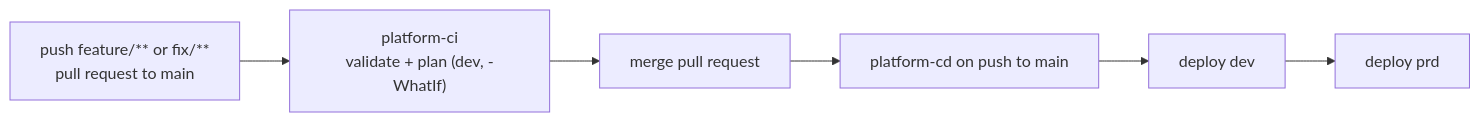
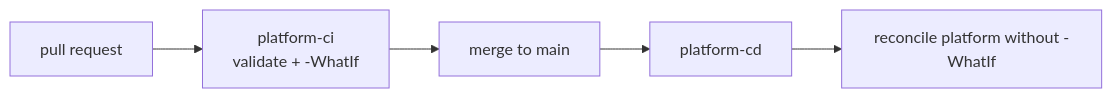
Before and after one commit to msckite/az-platform-kite: the second of 2 diagrams in templates/github/workflows/README.md, drawn with Mermaid. The commit also changed other lines of this file and 81 other files, not shown here.

````diff
--- a/templates/github/workflows/README.md
+++ b/templates/github/workflows/README.md
@@ -78,8 +94,7 @@
 ```mermaid
 flowchart LR
-  FB["push feature/** or fix/**<br/>pull request to main"] --> CI["platform-ci<br/>validate + plan (dev, -WhatIf)"]
-  CI --> PR["merge pull request"]
-  PR --> CD["platform-cd on push to main"]
-  CD --> D["deploy dev"]
-  D --> P["deploy prd"]
+  PR["pull request"] --> CI["platform-ci<br/>validate + -WhatIf"]
+  CI --> M["merge to main"]
+  M --> CD["platform-cd"]
+  CD --> D["reconcile platform without -WhatIf"]
 ```
````
